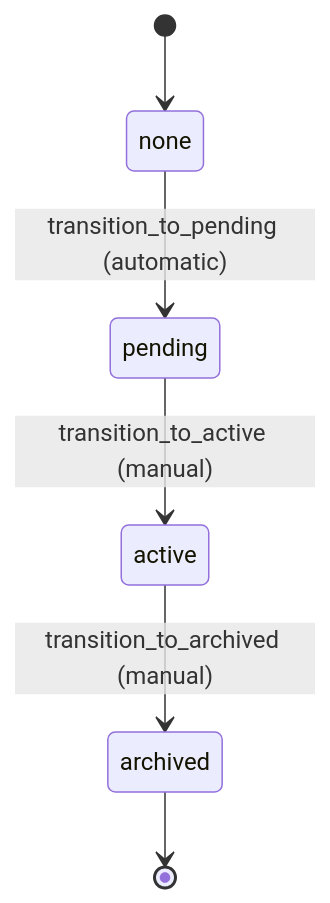
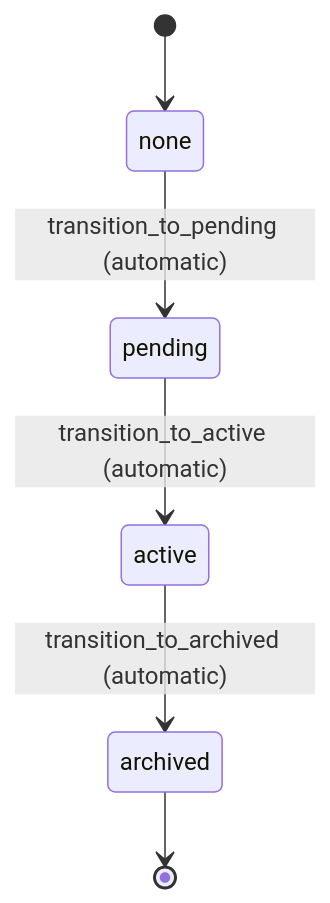
One commit to Cyoda-platform/mcp-cyoda-quart-app changed the second of 2 diagrams in functional_requirements/workflows.md. Above: the diagram before and after it, drawn with Mermaid. The commit also changed other lines of this file and 126 other files, not shown here.

````diff
--- a/functional_requirements/workflows.md
+++ b/functional_requirements/workflows.md
@@ -100,8 +100,8 @@
 ```mermaid
 stateDiagram-v2
     [*] --> none
     none --> pending : transition_to_pending (automatic)
-    pending --> active : transition_to_active (manual)
-    active --> archived : transition_to_archived (manual)
+    pending --> active : transition_to_active (automatic)
+    active --> archived : transition_to_archived (automatic)
     archived --> [*]
 ```
````
